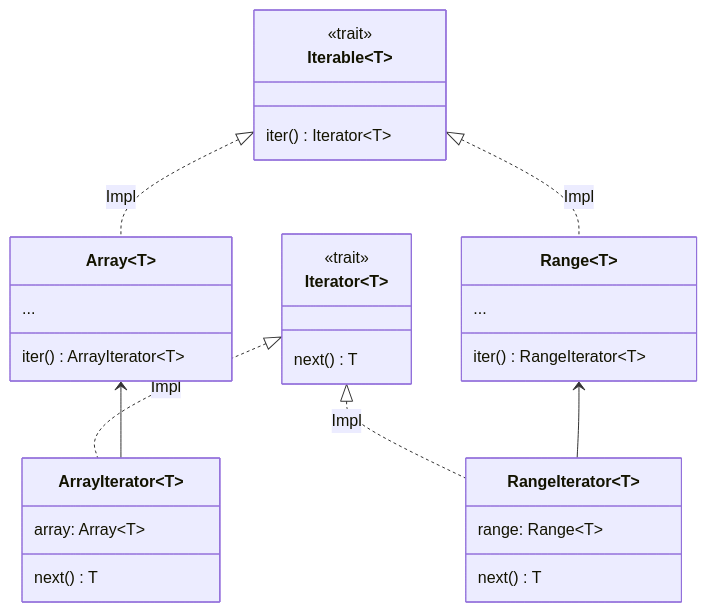
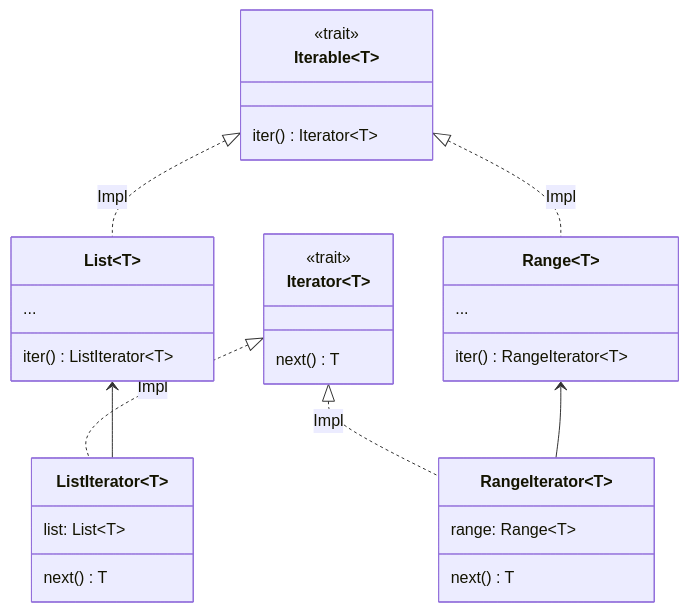
One commit to erg-lang/erg changed the diagram in doc/EN/syntax/18_iterator.md. Above: the diagram before and after it, drawn with Mermaid. The commit also changed other lines of this file and 253 other files, not shown here.

Commit message:
refactor!: rename `Array` -> `List`

````diff
--- a/doc/EN/syntax/18_iterator.md
+++ b/doc/EN/syntax/18_iterator.md
@@ -46,34 +46,34 @@
 ```mermaid
 classDiagram
-    class Array~T~ {
+    class List~T~ {
         ...
-        iter() ArrayIterator~T~
+        iter() ListIterator~T~
     }
     class Range~T~ {
         ...
         iter() RangeIterator~T~
     }
     class Iterable~T~ {
         <<trait>>
         iter() Iterator~T~
     }
-    Iterable~T~ <|.. Array~T~: Impl
+    Iterable~T~ <|.. List~T~: Impl
     Iterable~T~ <|.. Range~T~: Impl
-    class ArrayIterator~T~ {
-        array: Array~T~
+    class ListIterator~T~ {
+        list: List~T~
         next() T
     }
     class RangeIterator~T~ {
         range: Range~T~
         next() T
     }
     class Iterator~T~ {
         <<trait>>
         next() T
     }
-    Iterator~T~ <|.. ArrayIterator~T~: Impl
+    Iterator~T~ <|.. ListIterator~T~: Impl
     Iterator~T~ <|.. RangeIterator~T~: Impl
 
-    Array <-- ArrayIterator
+    List <-- ListIterator
     Range <-- RangeIterator
 ```
````
